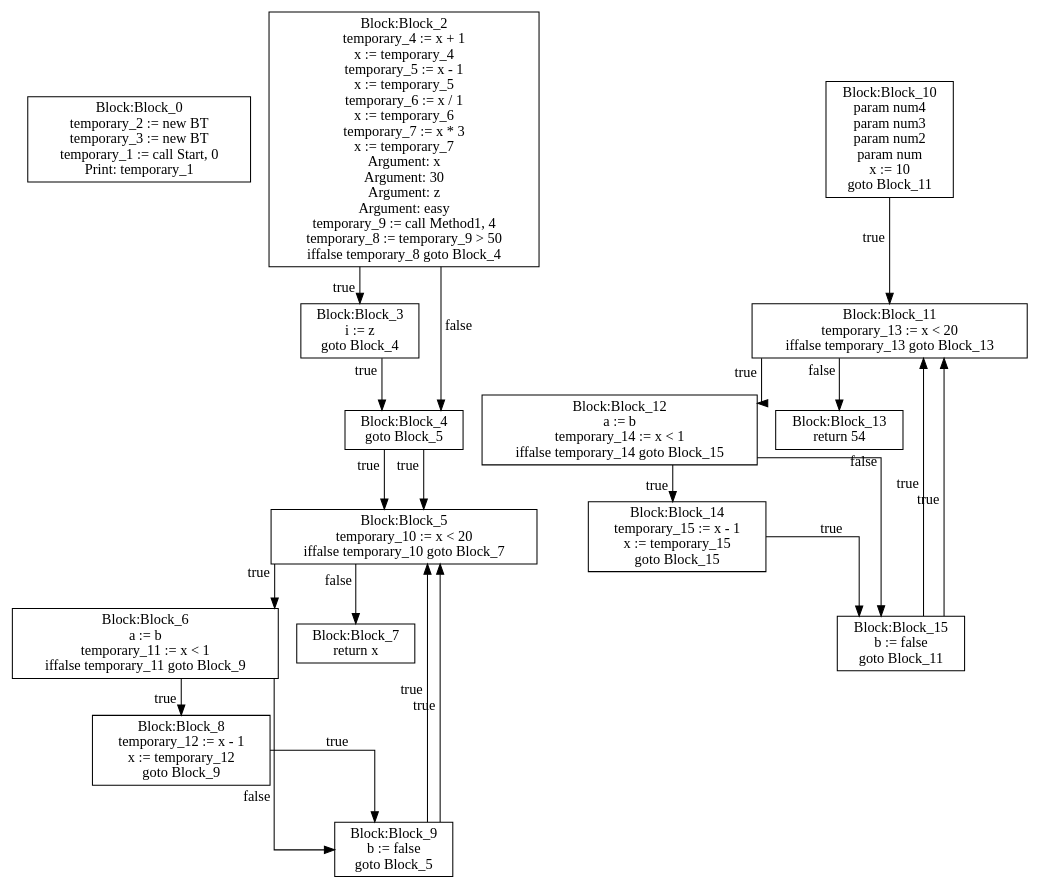
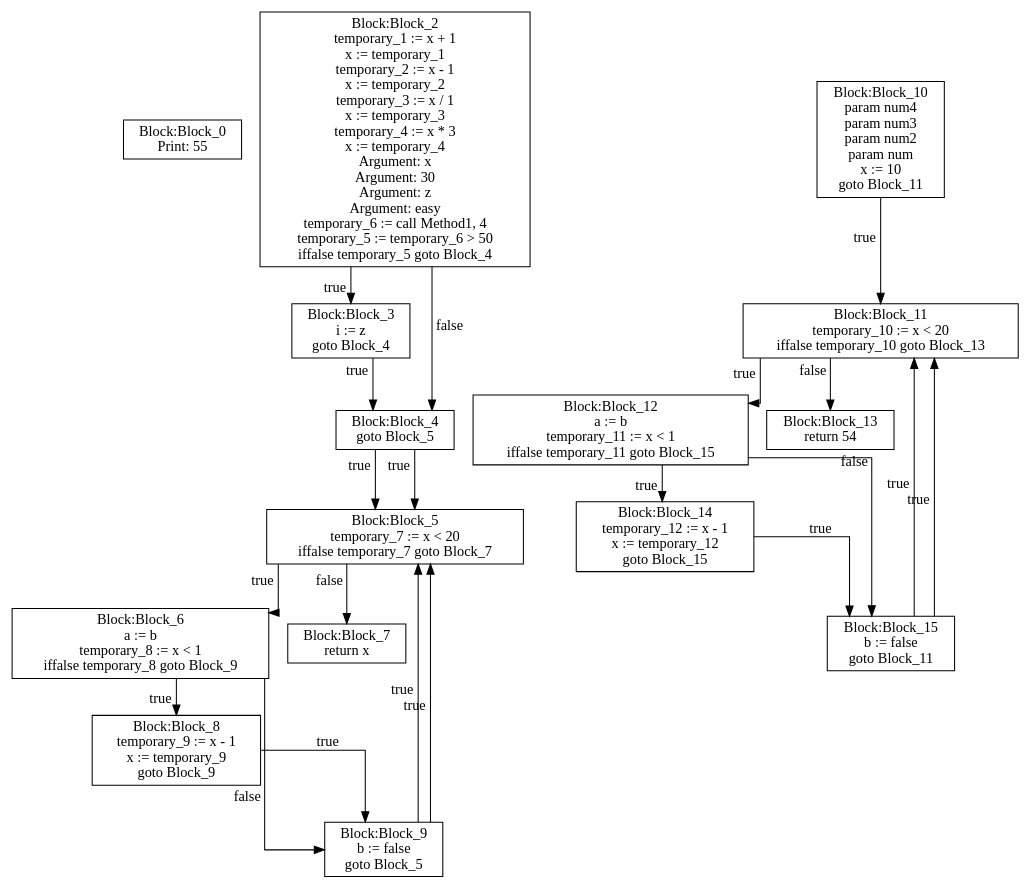
Before and after one commit to moondog-matthew/compiler-dv1655: the diagram in lab3/CFG-tree.dot, drawn with Graphviz. The commit also changed 5 other files, not shown here.

```diff
--- a/lab3/CFG-tree.dot
+++ b/lab3/CFG-tree.dot
@@ -1,97 +1,94 @@
 digraph {
 graph [ splines = ortho ]
 	node [ shape = box ];
 Block_0 [label="Block:Block_0
-temporary_2 := new BT
-temporary_3 := new BT
-temporary_1 := call Start, 0
-Print: temporary_1"];
+Print: 55"];
 Block_2 [label="Block:Block_2
-temporary_4 := x + 1
+temporary_1 := x + 1
+x := temporary_1
+temporary_2 := x - 1
+x := temporary_2
+temporary_3 := x / 1
+x := temporary_3
+temporary_4 := x * 3
 x := temporary_4
-temporary_5 := x - 1
-x := temporary_5
-temporary_6 := x / 1
-x := temporary_6
-temporary_7 := x * 3
-x := temporary_7
 Argument: x
 Argument: 30
 Argument: z
 Argument: easy
-temporary_9 := call Method1, 4
-temporary_8 := temporary_9 > 50
-iffalse temporary_8 goto Block_4"];
+temporary_6 := call Method1, 4
+temporary_5 := temporary_6 > 50
+iffalse temporary_5 goto Block_4"];
 Block_2 -> Block_3 [xlabel = "true"]
 Block_3 [label="Block:Block_3
 i := z
 goto Block_4"];
 Block_3 -> Block_4 [xlabel = "true"]
 Block_4 [label="Block:Block_4
 goto Block_5"];
 Block_4 -> Block_5 [xlabel = "true"]
 Block_5 [label="Block:Block_5
-temporary_10 := x < 20
-iffalse temporary_10 goto Block_7"];
+temporary_7 := x < 20
+iffalse temporary_7 goto Block_7"];
 Block_5 -> Block_6 [xlabel = "true"]
 Block_6 [label="Block:Block_6
 a := b
-temporary_11 := x < 1
-iffalse temporary_11 goto Block_9"];
+temporary_8 := x < 1
+iffalse temporary_8 goto Block_9"];
 Block_6 -> Block_8 [xlabel = "true"]
 Block_8 [label="Block:Block_8
-temporary_12 := x - 1
-x := temporary_12
+temporary_9 := x - 1
+x := temporary_9
 goto Block_9"];
 Block_8 -> Block_9 [xlabel = "true"]
 Block_9 [label="Block:Block_9
 b := false
 goto Block_5"];
 Block_9 -> Block_5 [xlabel = "true"]
 Block_6 -> Block_9 [xlabel = "false"]
 Block_9 [label="Block:Block_9
 b := false
 goto Block_5"];
 Block_9 -> Block_5 [xlabel = "true"]
 Block_5 -> Block_7 [xlabel = "false"]
 Block_7 [label="Block:Block_7
 return x"];
 Block_2 -> Block_4 [xlabel = "false"]
 Block_4 [label="Block:Block_4
 goto Block_5"];
 Block_4 -> Block_5 [xlabel = "true"]
 Block_10 [label="Block:Block_10
 param num4
 param num3
 param num2
 param num
 x := 10
 goto Block_11"];
 Block_10 -> Block_11 [xlabel = "true"]
 Block_11 [label="Block:Block_11
-temporary_13 := x < 20
-iffalse temporary_13 goto Block_13"];
+temporary_10 := x < 20
+iffalse temporary_10 goto Block_13"];
 Block_11 -> Block_12 [xlabel = "true"]
 Block_12 [label="Block:Block_12
 a := b
-temporary_14 := x < 1
-iffalse temporary_14 goto Block_15"];
+temporary_11 := x < 1
+iffalse temporary_11 goto Block_15"];
 Block_12 -> Block_14 [xlabel = "true"]
 Block_14 [label="Block:Block_14
-temporary_15 := x - 1
-x := temporary_15
+temporary_12 := x - 1
+x := temporary_12
 goto Block_15"];
 Block_14 -> Block_15 [xlabel = "true"]
 Block_15 [label="Block:Block_15
 b := false
 goto Block_11"];
 Block_15 -> Block_11 [xlabel = "true"]
 Block_12 -> Block_15 [xlabel = "false"]
 Block_15 [label="Block:Block_15
 b := false
 goto Block_11"];
 Block_15 -> Block_11 [xlabel = "true"]
 Block_11 -> Block_13 [xlabel = "false"]
 Block_13 [label="Block:Block_13
 return 54"];
 }
```
